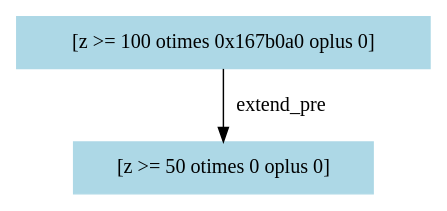
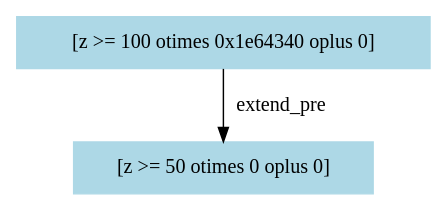
Before and after one commit to RangerBu/st-checker: the diagram in outputs/weights-graphs/10.dot, drawn with Graphviz. The commit also changed 64 other files, not shown here.

```diff
--- a/outputs/weights-graphs/10.dot
+++ b/outputs/weights-graphs/10.dot
@@ -1,5 +1,5 @@
 digraph "[ELSIF z < 200 THEN]" {
-"0x167b020" [label="[z >= 100 otimes 0x167b0a0 oplus 0]", color=lightblue,style=filled,shape=box]
-"0x167b020" -> "0x167b0a0" [label=extend_pre,color=black]
-"0x167b0a0" [label="[z >= 50 otimes 0 oplus 0]", color=lightblue,style=filled,shape=box]
+"0x1e642d0" [label="[z >= 100 otimes 0x1e64340 oplus 0]", color=lightblue,style=filled,shape=box]
+"0x1e642d0" -> "0x1e64340" [label=extend_pre,color=black]
+"0x1e64340" [label="[z >= 50 otimes 0 oplus 0]", color=lightblue,style=filled,shape=box]
 }
```
